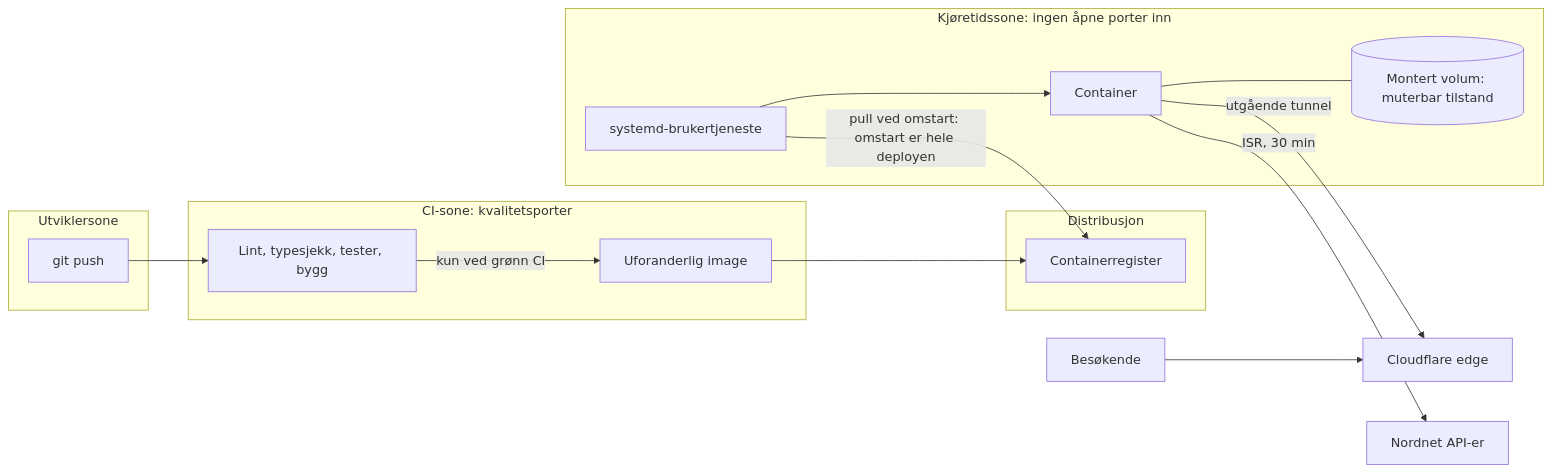
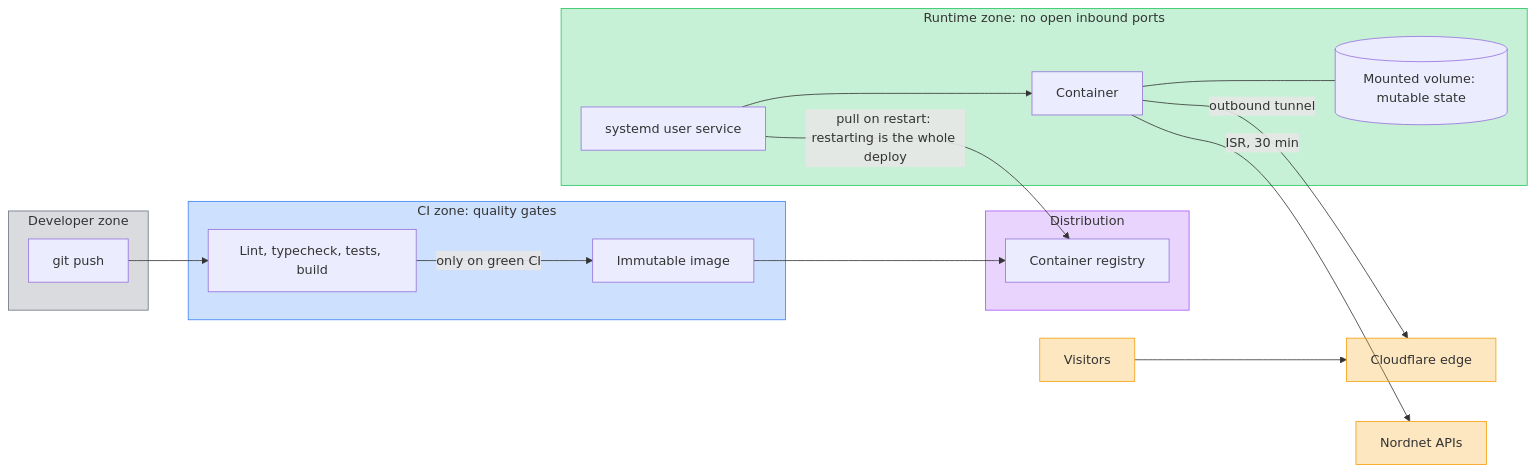
The fifth of 6 diagrams in README.md (TIHLDE/Fondet), drawn with Mermaid before and after one commit. The commit also changed other lines of this file, not shown here.

Commit message:
docs: translate README diagrams to English and add semantic colors

````diff
--- a/README.md
+++ b/README.md
@@ -233,25 +263,35 @@
 ```mermaid
 flowchart LR
-    subgraph S1 [Utviklersone]
+    subgraph S1 [Developer zone]
         DEV[git push]
     end
-    subgraph S2 [CI-sone: kvalitetsporter]
-        GATE[Lint, typesjekk, tester, bygg]
-        IMG[Uforanderlig image]
+    subgraph S2 [CI zone: quality gates]
+        GATE[Lint, typecheck, tests, build]
+        IMG[Immutable image]
     end
-    subgraph S3 [Distribusjon]
-        REG[Containerregister]
+    subgraph S3 [Distribution]
+        REG[Container registry]
     end
-    subgraph S4 [Kjøretidssone: ingen åpne porter inn]
-        SVC[systemd-brukertjeneste]
+    subgraph S4 [Runtime zone: no open inbound ports]
+        SVC[systemd user service]
         CT[Container]
-        VOL[(Montert volum: muterbar tilstand)]
+        VOL[(Mounted volume: mutable state)]
     end
     DEV --> GATE
-    GATE -->|kun ved grønn CI| IMG --> REG
-    SVC -->|pull ved omstart: omstart er hele deployen| REG
+    GATE -->|only on green CI| IMG --> REG
+    SVC -->|pull on restart: restarting is the whole deploy| REG
     SVC --> CT --- VOL
-    CT -->|utgående tunnel| CF[Cloudflare edge]
-    B[Besøkende] --> CF
-    CT -->|ISR, 30 min| NN[Nordnet API-er]
+    CT -->|outbound tunnel| CF[Cloudflare edge]
+    B[Visitors] --> CF
+    CT -->|ISR, 30 min| NN[Nordnet APIs]
+    classDef devzone fill:#6b728040,stroke:#6b7280
+    classDef cizone fill:#3b82f640,stroke:#3b82f6
+    classDef dist fill:#a855f740,stroke:#a855f7
+    classDef runtime fill:#22c55e40,stroke:#22c55e
+    classDef ext fill:#f59e0b40,stroke:#f59e0b
+    class S1 devzone
+    class S2 cizone
+    class S3 dist
+    class S4 runtime
+    class CF,B,NN ext
 ```
````
